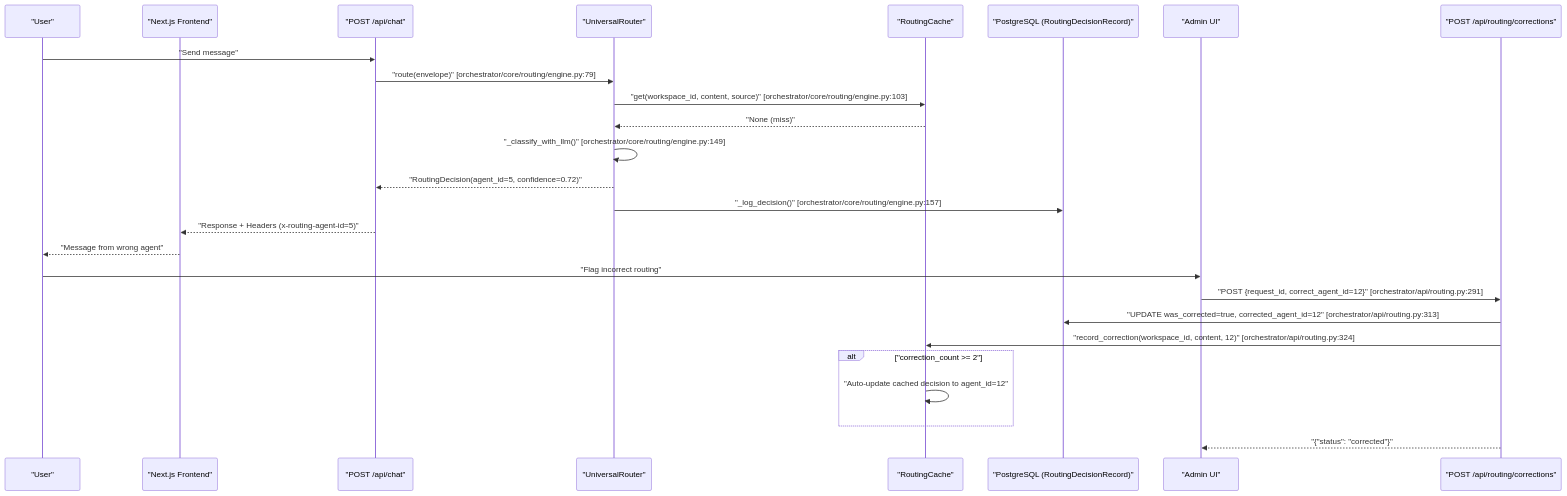
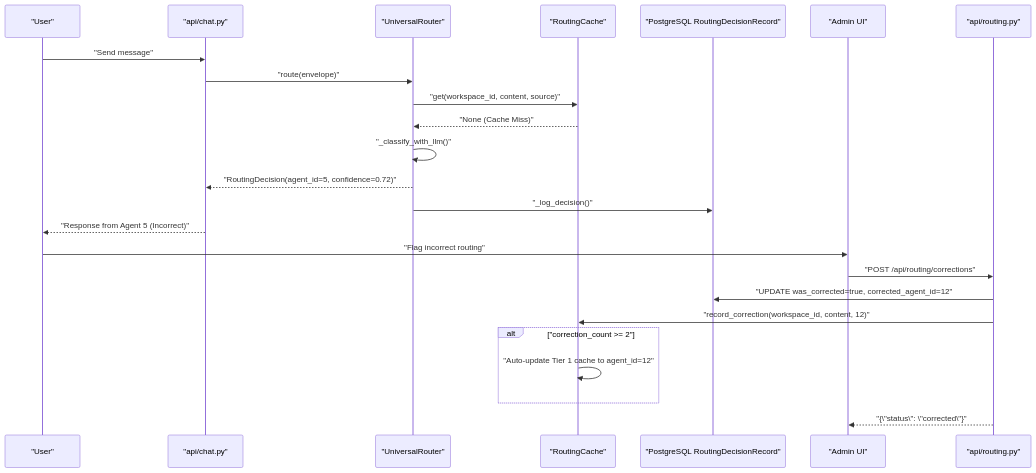
The first of 2 diagrams in docs/universal-router/routing-corrections-learning.md (AutomatosAI/automatos-ai), drawn with Mermaid before and after one commit. The commit also changed other lines of this file and 191 other files, not shown here.

````diff
--- a/docs/universal-router/routing-corrections-learning.md
+++ b/docs/universal-router/routing-corrections-learning.md
@@ -52,33 +53,31 @@
 ```mermaid
 sequenceDiagram
     participant User as "User"
-    participant Frontend as "Next.js Frontend"
-    participant ChatAPI as "POST /api/chat"
+    participant ChatAPI as "api/chat.py"
     participant Router as "UniversalRouter"
     participant Cache as "RoutingCache"
-    participant DB as "PostgreSQL (RoutingDecisionRecord)"
+    participant DB as "PostgreSQL RoutingDecisionRecord"
     participant AdminUI as "Admin UI"
-    participant CorrectionAPI as "POST /api/routing/corrections"
+    participant CorrectionAPI as "api/routing.py"
 
     User->>ChatAPI: "Send message"
-    ChatAPI->>Router: "route(envelope)" [orchestrator/core/routing/engine.py:79]
-    Router->>Cache: "get(workspace_id, content, source)" [orchestrator/core/routing/engine.py:103]
-    Cache-->>Router: "None (miss)"
-    Router->>Router: "_classify_with_llm()" [orchestrator/core/routing/engine.py:149]
+    ChatAPI->>Router: "route(envelope)"
+    Router->>Cache: "get(workspace_id, content, source)"
+    Cache-->>Router: "None (Cache Miss)"
+    Router->>Router: "_classify_with_llm()"
     Router-->>ChatAPI: "RoutingDecision(agent_id=5, confidence=0.72)"
-    Router->>DB: "_log_decision()" [orchestrator/core/routing/engine.py:157]
+    Router->>DB: "_log_decision()"
     
-    ChatAPI-->>Frontend: "Response + Headers (x-routing-agent-id=5)"
-    Frontend-->>User: "Message from wrong agent"
+    ChatAPI-->>User: "Response from Agent 5 (Incorrect)"
     
     User->>AdminUI: "Flag incorrect routing"
-    AdminUI->>CorrectionAPI: "POST {request_id, correct_agent_id=12}" [orchestrator/api/routing.py:291]
-    CorrectionAPI->>DB: "UPDATE was_corrected=true, corrected_agent_id=12" [orchestrator/api/routing.py:313]
-    CorrectionAPI->>Cache: "record_correction(workspace_id, content, 12)" [orchestrator/api/routing.py:324]
+    AdminUI->>CorrectionAPI: "POST /api/routing/corrections"
+    CorrectionAPI->>DB: "UPDATE was_corrected=true, corrected_agent_id=12"
+    CorrectionAPI->>Cache: "record_correction(workspace_id, content, 12)"
     
     alt "correction_count >= 2"
-        Cache->>Cache: "Auto-update cached decision to agent_id=12"
+        Cache->>Cache: "Auto-update Tier 1 cache to agent_id=12"
     end
     
-    CorrectionAPI-->>AdminUI: "{"status": "corrected"}"
+    CorrectionAPI-->>AdminUI: "{\"status\": \"corrected\"}"
 ```
````
